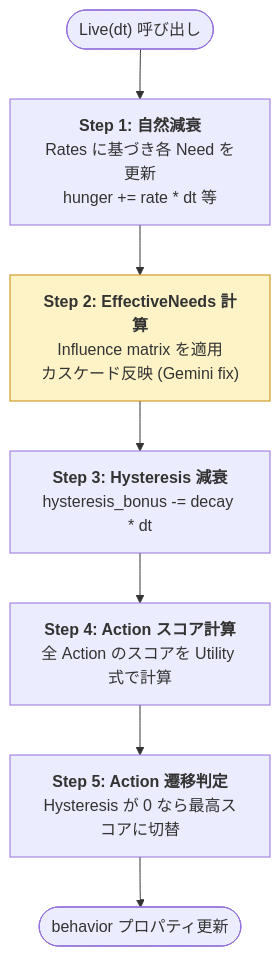
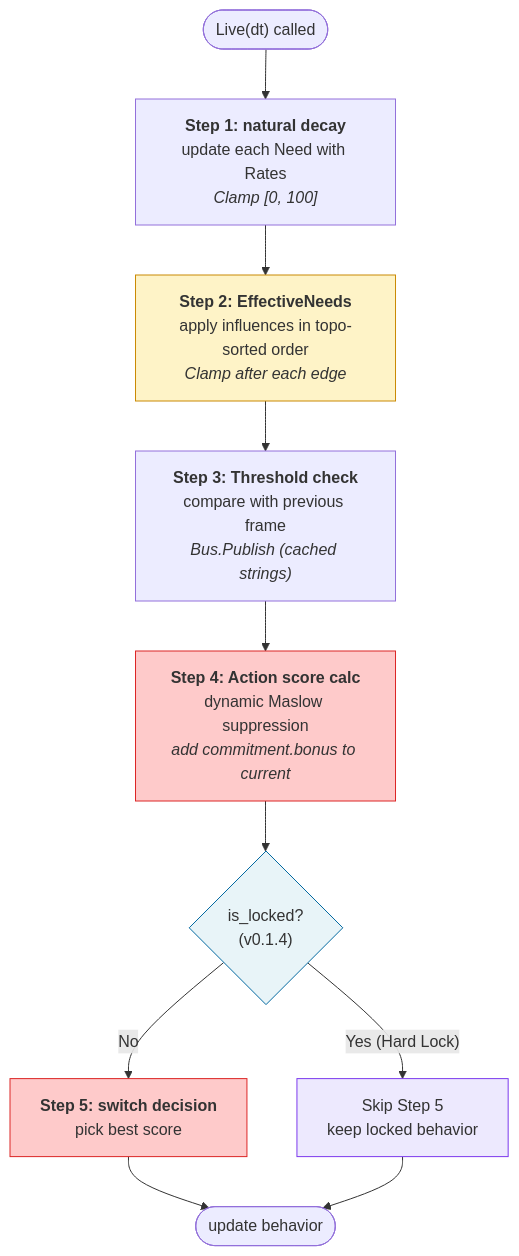
One commit to hiroxpepe/animo changed the sixth of 9 diagrams in README.md. Above: the diagram before and after it, drawn with Mermaid. The commit also changed other lines of this file and 7 other files, not shown here.

Commit message:
docs: Add the mermaid diagrams to the readme and the script

````diff
--- a/README.md
+++ b/README.md
@@ -466,12 +203,20 @@
 ```mermaid
 flowchart TB
-  Start(["Live(dt) 呼び出し"])
-  S1["<b>Step 1: 自然減衰</b><br/>Rates に基づき各 Need を更新<br/>hunger += rate * dt 等"]
-  S2["<b>Step 2: EffectiveNeeds 計算</b><br/>Influence matrix を適用<br/>カスケード反映 (Gemini fix)"]
-  S3["<b>Step 3: Hysteresis 減衰</b><br/>hysteresis_bonus -= decay * dt"]
-  S4["<b>Step 4: Action スコア計算</b><br/>全 Action のスコアを Utility 式で計算"]
-  S5["<b>Step 5: Action 遷移判定</b><br/>Hysteresis が 0 なら最高スコアに切替"]
-  End(["behavior プロパティ更新"])
-  Start --> S1 --> S2 --> S3 --> S4 --> S5 --> End
+  Start(["Live(dt) called"])
+  S1["<b>Step 1: natural decay</b><br/>update each Need with Rates<br/><i>Clamp [0, 100]</i>"]
+  S2["<b>Step 2: EffectiveNeeds</b><br/>apply influences in topo-sorted order<br/><i>Clamp after each edge</i>"]
+  S3["<b>Step 3: Threshold check</b><br/>compare with previous frame<br/><i>Bus.Publish (cached strings)</i>"]
+  S4["<b>Step 4: Action score calc</b><br/>dynamic Maslow suppression<br/><i>add commitment.bonus to current</i>"]
+  Lock{"is_locked?<br/>(v0.1.4)"}
+  S5["<b>Step 5: switch decision</b><br/>pick best score"]
+  Skip["Skip Step 5<br/>keep locked behavior"]
+  End(["update behavior"])
+  Start --> S1 --> S2 --> S3 --> S4 --> Lock
+  Lock -->|"No"| S5 --> End
+  Lock -->|"Yes (Hard Lock)"| Skip --> End
   style S2 fill:#fef3c7,stroke:#ca8a04
+  style S4 fill:#fecaca,stroke:#dc2626
+  style S5 fill:#fecaca,stroke:#dc2626
+  style Lock fill:#e8f4f8,stroke:#0369a1
+  style Skip fill:#ede9fe,stroke:#7c3aed
 ```
````
